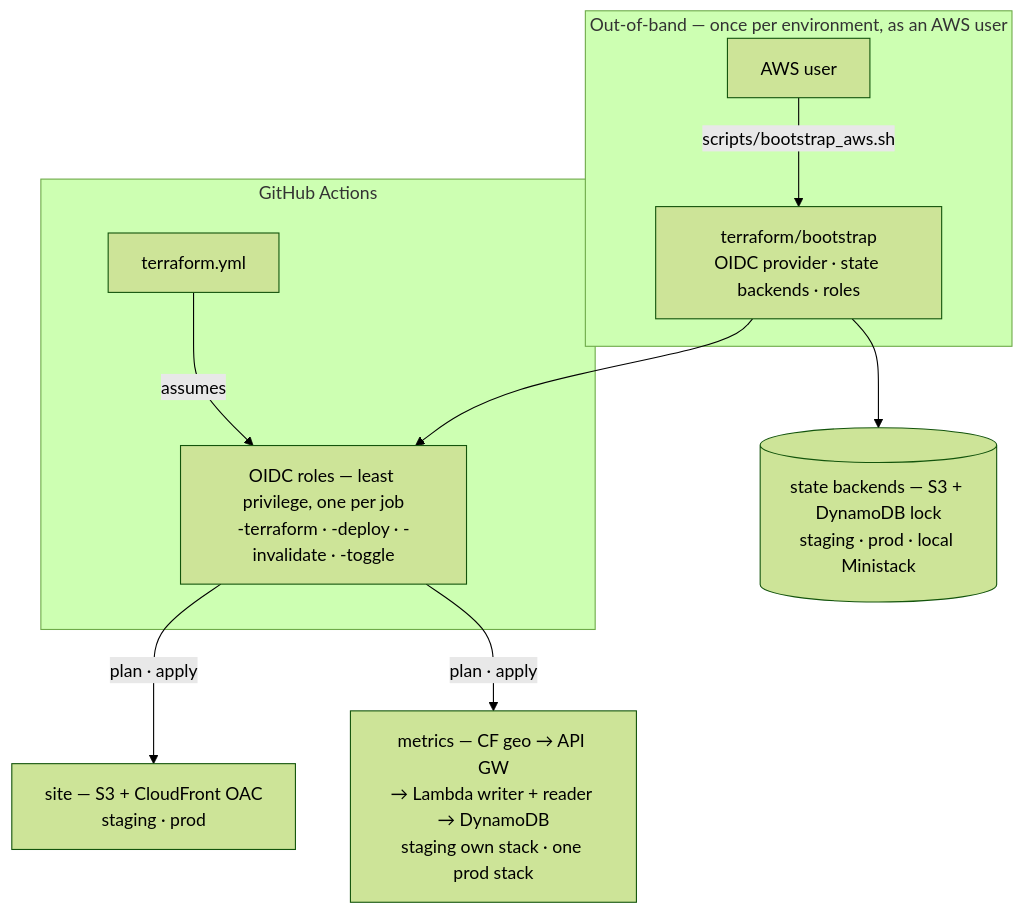
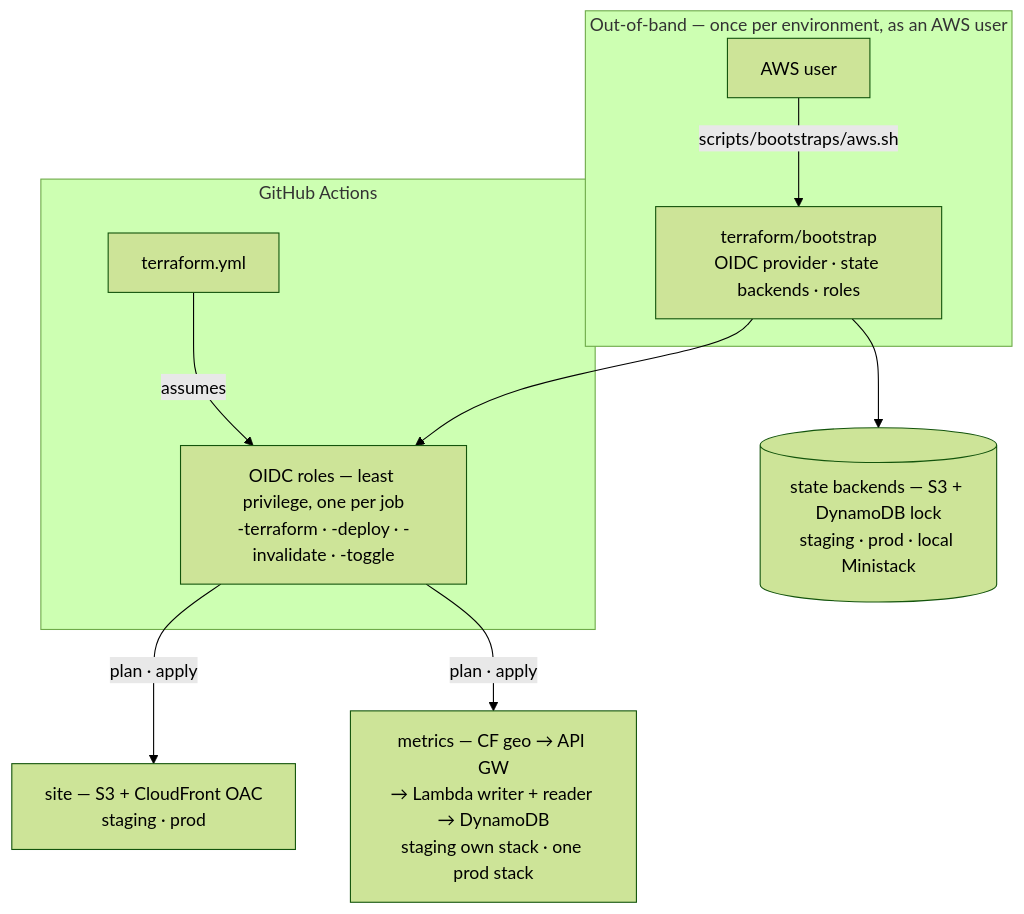
One commit to mathewmusango/my-portfolio changed the diagram in terraform/README.md. Above: the diagram before and after it, drawn with Mermaid (forest theme). The commit also changed other lines of this file and 14 other files, not shown here.

````diff
--- a/terraform/README.md
+++ b/terraform/README.md
@@ -12,13 +12,13 @@
 ```mermaid
 flowchart TB
     subgraph OOB[Out-of-band — once per environment, as an AWS user]
-        U[AWS user] -->|scripts/bootstrap_aws.sh| CI[terraform/bootstrap<br/>OIDC provider · state backends · roles]
+        U[AWS user] -->|scripts/bootstraps/aws.sh| CI[terraform/bootstrap<br/>OIDC provider · state backends · roles]
     end
     CI --> STATE[(state backends — S3 + DynamoDB lock<br/>staging · prod · local Ministack)]
     CI --> ROLES[OIDC roles — least privilege, one per job<br/>-terraform · -deploy · -invalidate · -toggle]
     subgraph GHA[GitHub Actions]
         WF[terraform.yml] -->|assumes| ROLES
     end
     ROLES -->|plan · apply| SITE[site — S3 + CloudFront OAC<br/>staging · prod]
     ROLES -->|plan · apply| MET[metrics — CF geo → API GW<br/>→ Lambda writer + reader → DynamoDB<br/>staging own stack · one prod stack]
 ```
````
